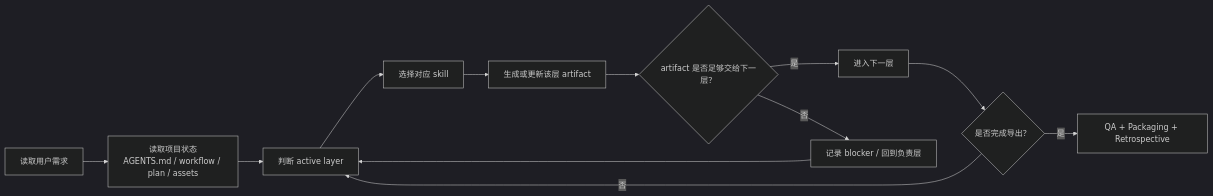
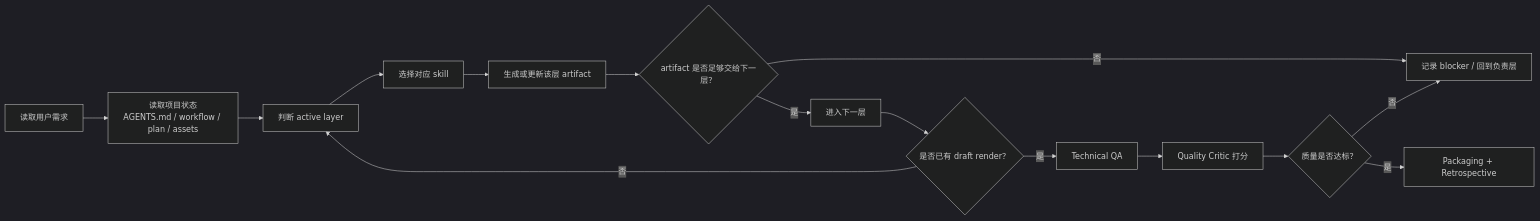
The second of 2 diagrams in workflow/agent-workflow-diagram.md (RyanJieZhang/AI-video-auto-editing), drawn with Mermaid (dark theme) before and after one commit. The commit also changed other lines of this file and 21 other files, not shown here.

````diff
--- a/workflow/agent-workflow-diagram.md
+++ b/workflow/agent-workflow-diagram.md
@@ -38,14 +41,17 @@
 ```mermaid
 flowchart LR
     A["读取用户需求"] --> B["读取项目状态<br/>AGENTS.md / workflow / plan / assets"]
     B --> C["判断 active layer"]
     C --> D["选择对应 skill"]
     D --> E["生成或更新该层 artifact"]
     E --> F{"artifact 是否足够交给下一层？"}
     F -- "是" --> G["进入下一层"]
     F -- "否" --> H["记录 blocker / 回到负责层"]
-    G --> I{"是否完成导出？"}
+    G --> I{"是否已有 draft render？"}
     I -- "否" --> C
-    I -- "是" --> J["QA + Packaging + Retrospective"]
-    H --> C
+    I -- "是" --> J["Technical QA"]
+    J --> K["Quality Critic 打分"]
+    K --> L{"质量是否达标？"}
+    L -- "否" --> H
+    L -- "是" --> M["Packaging + Retrospective"]
 ```
````
